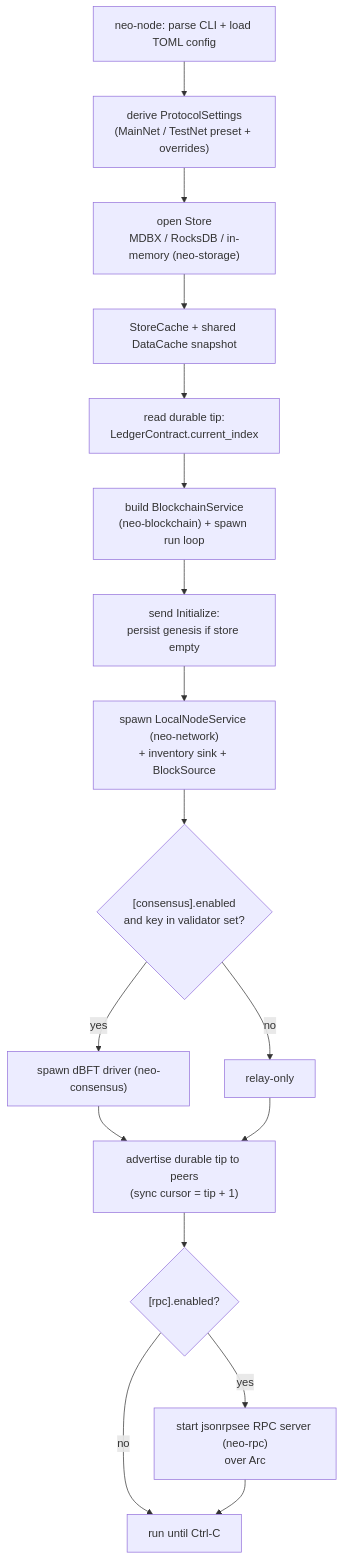
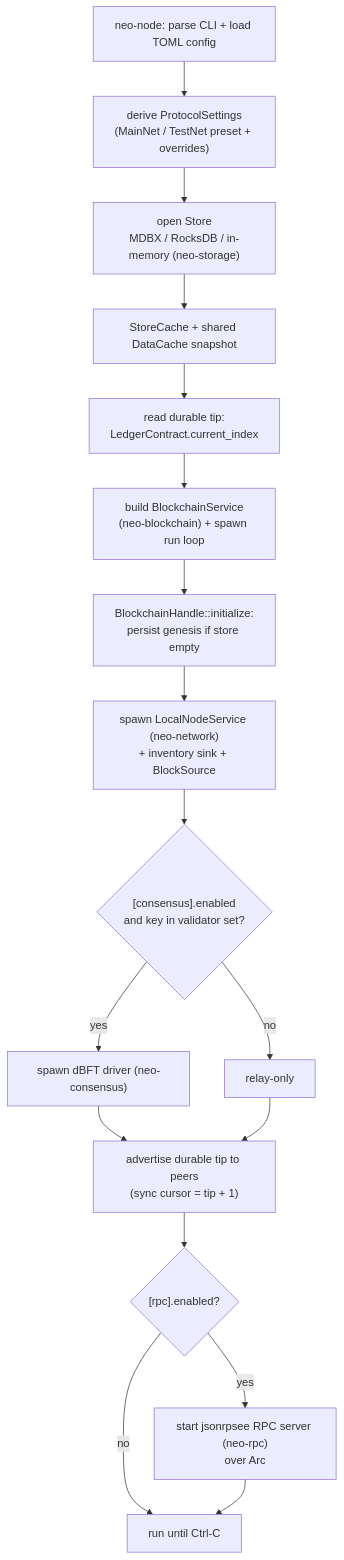
One commit to r3e-network/neo-rs changed the first of 7 diagrams in docs/dataflow.md. Above: the diagram before and after it, drawn with Mermaid. The commit also changed other lines of this file and 6 other files, not shown here.

````diff
--- a/docs/dataflow.md
+++ b/docs/dataflow.md
@@ -21,19 +21,19 @@
 ```mermaid
 flowchart TD
     A["neo-node: parse CLI + load TOML config"] --> B["derive ProtocolSettings<br/>(MainNet / TestNet preset + overrides)"]
     B --> C["open Store<br/>MDBX / RocksDB / in-memory (neo-storage)"]
     C --> D["StoreCache + shared DataCache snapshot"]
     D --> E["read durable tip:<br/>LedgerContract.current_index"]
     E --> F["build BlockchainService<br/>(neo-blockchain) + spawn run loop"]
-    F --> G["send Initialize:<br/>persist genesis if store empty"]
+    F --> G["BlockchainHandle::initialize:<br/>persist genesis if store empty"]
     G --> H["spawn LocalNodeService (neo-network)<br/>+ inventory sink + BlockSource"]
     H --> I{"[consensus].enabled<br/>and key in validator set?"}
     I -- yes --> J["spawn dBFT driver (neo-consensus)"]
     I -- no --> K["relay-only"]
     J --> L["advertise durable tip to peers<br/>(sync cursor = tip + 1)"]
     K --> L
     L --> M{"[rpc].enabled?"}
     M -- yes --> N["start jsonrpsee RPC server (neo-rpc)<br/>over Arc<Node>"]
     M -- no --> O["run until Ctrl-C"]
     N --> O
 ```
````
